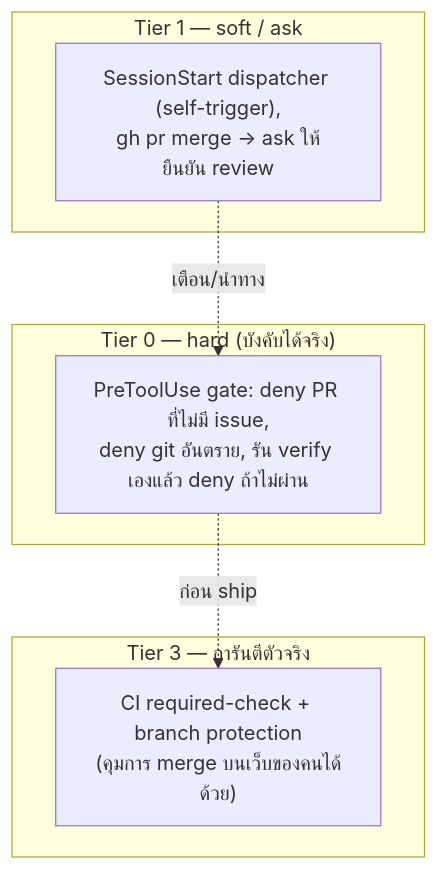
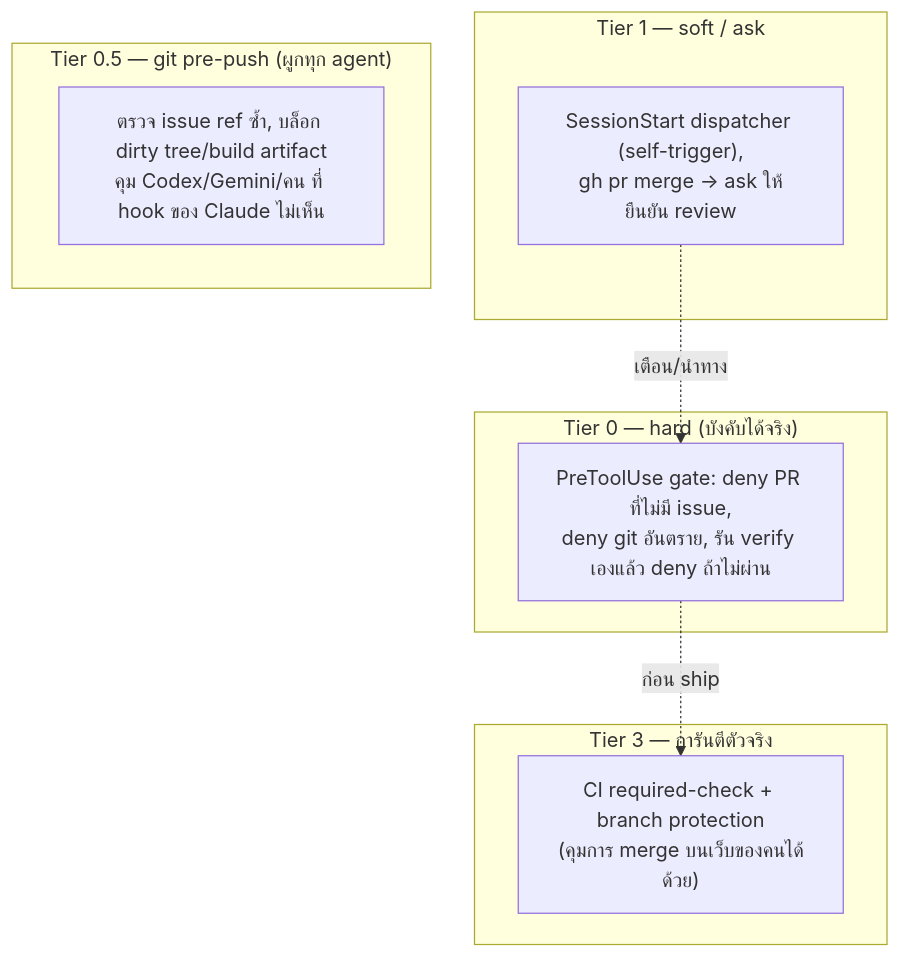
Before and after one commit to xenodeve/xeno-skills: the second of 2 diagrams in docs/development-workflow.md, drawn with Mermaid. The commit also changed other lines of this file and 16 other files, not shown here.

````diff
--- a/docs/development-workflow.md
+++ b/docs/development-workflow.md
@@ -42,14 +42,17 @@
 ```mermaid
 graph TD
     subgraph T0["Tier 0 — hard (บังคับได้จริง)"]
       A["PreToolUse gate: deny PR ที่ไม่มี issue,<br/>deny git อันตราย, รัน verify เองแล้ว deny ถ้าไม่ผ่าน"]
     end
     subgraph T1["Tier 1 — soft / ask"]
       B["SessionStart dispatcher (self-trigger),<br/>gh pr merge → ask ให้ยืนยัน review"]
     end
+    subgraph T05["Tier 0.5 — git pre-push (ผูกทุก agent)"]
+      G["ตรวจ issue ref ซ้ำ, บล็อก dirty tree/build artifact<br/>คุม Codex/Gemini/คน ที่ hook ของ Claude ไม่เห็น"]
+    end
     subgraph T3["Tier 3 — การันตีตัวจริง"]
       C["CI required-check + branch protection<br/>(คุมการ merge บนเว็บของคนได้ด้วย)"]
     end
     B -.->|เตือน/นำทาง| A
     A -.->|ก่อน ship| C
 ```
````
